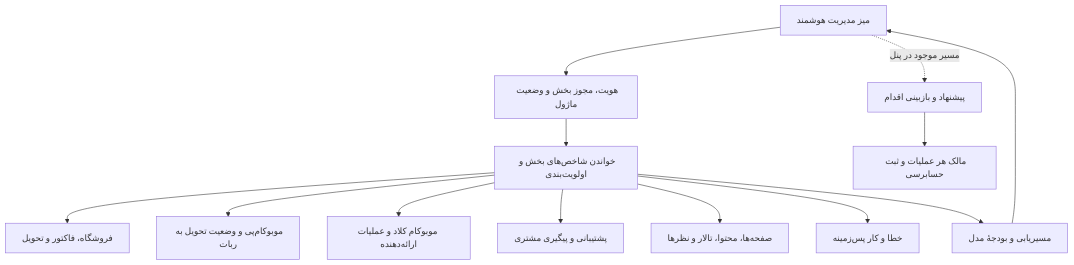
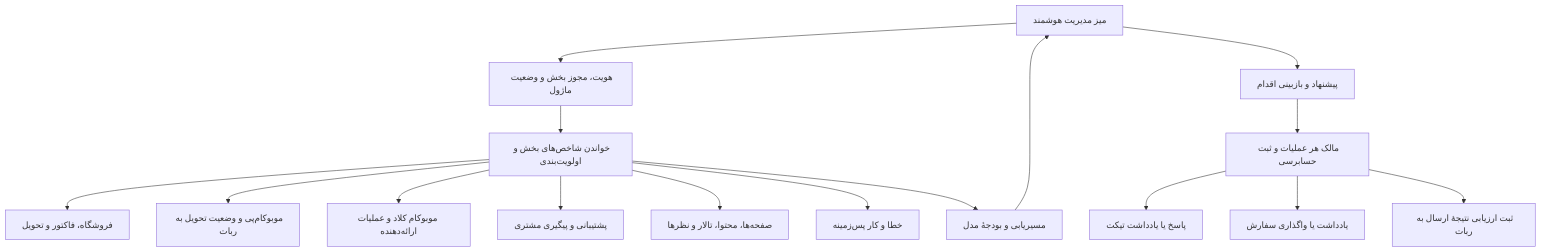
One commit to WebNetData/MoboComCMS changed the diagram in docs/agent/AI_MANAGEMENT_PLATFORM_MAP.md. Above: the diagram before and after it, drawn with Mermaid. The commit also changed other lines of this file and 20 other files, not shown here.

````diff
--- a/docs/agent/AI_MANAGEMENT_PLATFORM_MAP.md
+++ b/docs/agent/AI_MANAGEMENT_PLATFORM_MAP.md
@@ -9,18 +9,21 @@
 ```mermaid
 flowchart TD
     Desk["میز مدیریت هوشمند"]
     Auth["هویت، مجوز بخش و وضعیت ماژول"]
     Facts["خواندن شاخص‌های بخش و اولویت‌بندی"]
     Model["مسیریابی و بودجهٔ مدل"]
     Proposal["پیشنهاد و بازبینی اقدام"]
     Owner["مالک هر عملیات و ثبت حسابرسی"]
     Desk --> Auth --> Facts
     Facts --> Store["فروشگاه، فاکتور و تحویل"]
     Facts --> Pay["موبوکام‌پی و وضعیت تحویل به ربات"]
     Facts --> Cloud["موبوکام کلاد و عملیات ارائه‌دهنده"]
     Facts --> Support["پشتیبانی و پیگیری مشتری"]
     Facts --> Content["صفحه‌ها، محتوا، تالار و نظرها"]
     Facts --> Monitor["خطا و کار پس‌زمینه"]
     Facts --> Model --> Desk
-    Desk -. "مسیر موجود در پنل" .-> Proposal --> Owner
+    Desk --> Proposal --> Owner
+    Owner --> Reply["پاسخ یا یادداشت تیکت"]
+    Owner --> Assign["یادداشت یا واگذاری سفارش"]
+    Owner --> Assess["ثبت ارزیابی نتیجهٔ ارسال به ربات"]
 ```
````
